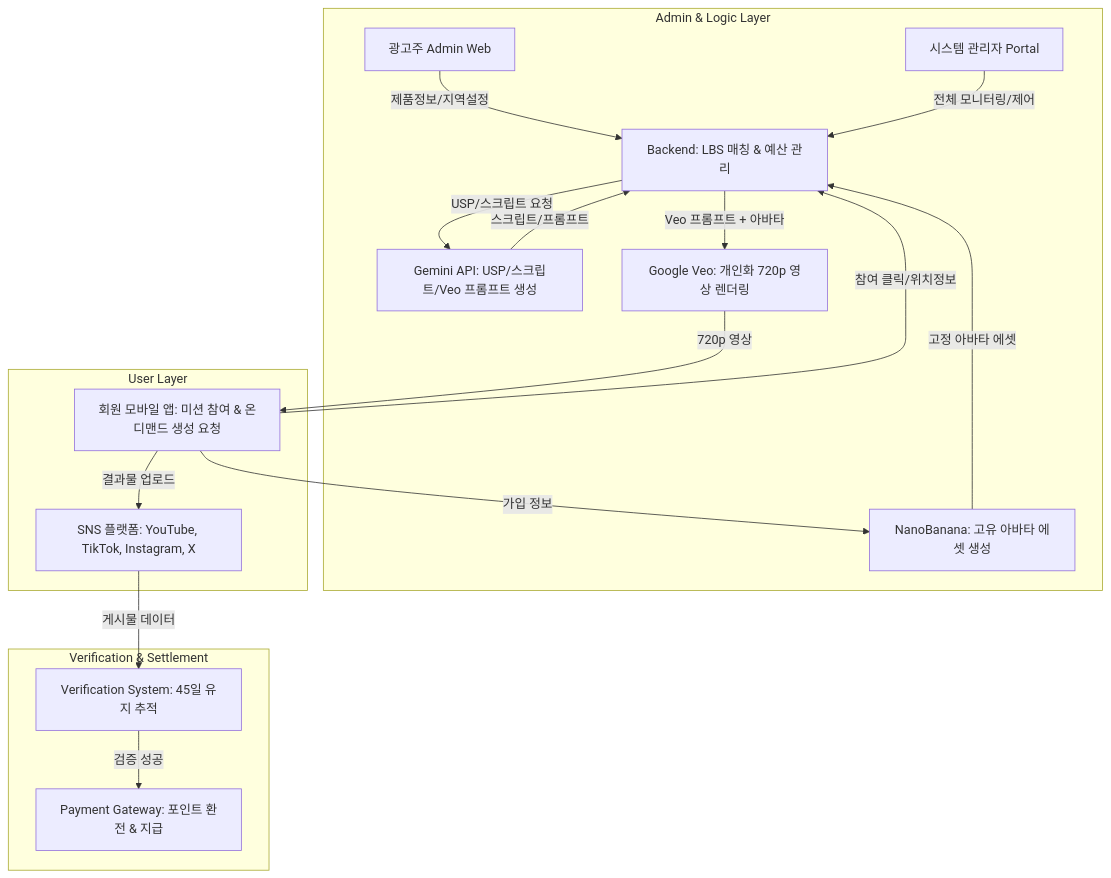
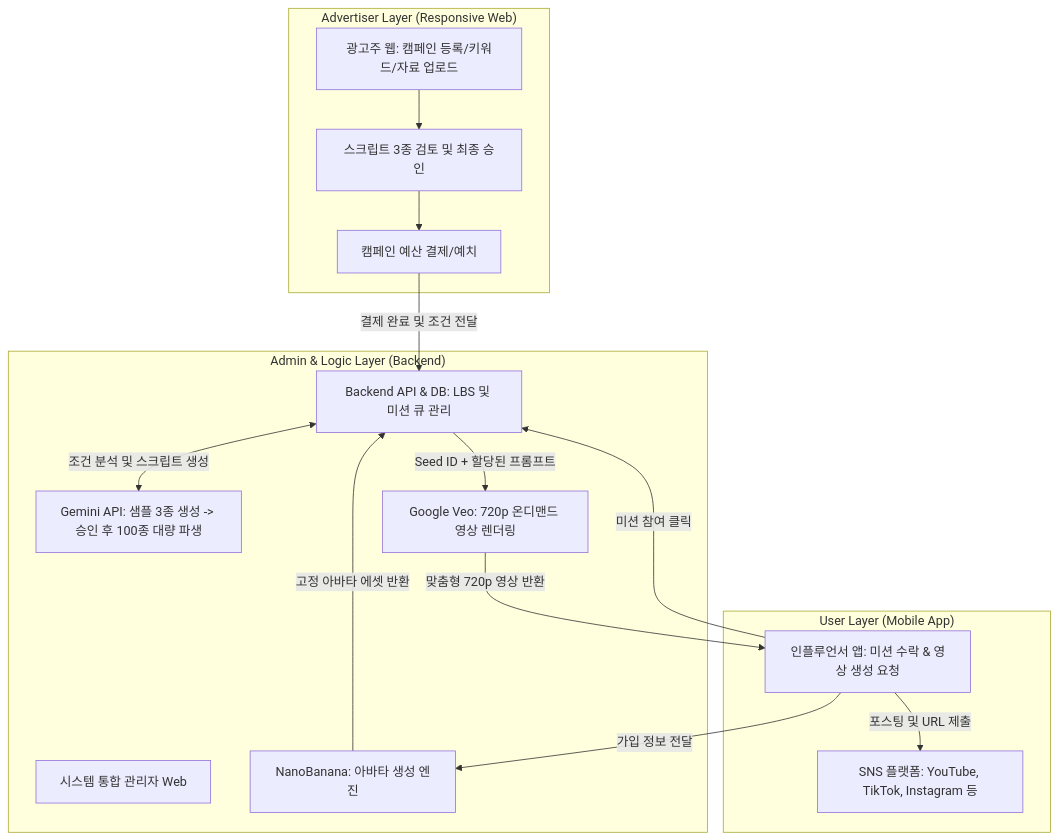
The first of 2 diagrams in apps/mobile/clickpost/gemini.md (bizpeer/clickpost), drawn with Mermaid before and after one commit. The commit also changed other lines of this file and 22 other files, not shown here.

````diff
--- a/apps/mobile/clickpost/gemini.md
+++ b/apps/mobile/clickpost/gemini.md
@@ -115,34 +114,32 @@
 ```mermaid
 graph TD
-    subgraph "Admin & Logic Layer"
-        Web[광고주 Admin Web]
-        SystemAdmin[시스템 관리자 Portal]
-        Gemini[Gemini API: USP/스크립트/Veo 프롬프트 생성]
-        Backend[Backend: LBS 매칭 & 예산 관리]
-        NanoBanana[NanoBanana: 고유 아바타 에셋 생성]
-        VideoEngine[Google Veo: 개인화 720p 영상 렌더링]
+    subgraph "Advertiser Layer (Responsive Web)"
+        AdWeb[광고주 웹: 캠페인 등록/키워드/자료 업로드]
+        Review[스크립트 3종 검토 및 최종 승인]
+        Payment[캠페인 예산 결제/예치]
+        AdWeb --> Review
+        Review --> Payment
     end
 
-    subgraph "User Layer"
-        App[회원 모바일 앱: 미션 참여 & 온디맨드 생성 요청]
-        SNS[SNS 플랫폼: YouTube, TikTok, Instagram, X]
+    subgraph "Admin & Logic Layer (Backend)"
+        SystemAdmin[시스템 통합 관리자 Web]
+        Gemini[Gemini API: 샘플 3종 생성 -> 승인 후 100종 대량 파생]
+        Backend[Backend API & DB: LBS 및 미션 큐 관리]
+        NanoBanana[NanoBanana: 아바타 생성 엔진]
+        VideoEngine[Google Veo: 720p 온디맨드 영상 렌더링]
     end
 
-    subgraph "Verification & Settlement"
-        Verify[Verification System: 45일 유지 추적]
-        Payment[Payment Gateway: 포인트 환전 & 지급]
+    subgraph "User Layer (Mobile App)"
+        App[인플루언서 앱: 미션 수락 & 영상 생성 요청]
+        SNS[SNS 플랫폼: YouTube, TikTok, Instagram 등]
     end
 
-    Web -->|제품정보/지역설정| Backend
-    SystemAdmin -->|전체 모니터링/제어| Backend
-    Backend -->|USP/스크립트 요청| Gemini
-    Gemini -->|스크립트/프롬프트| Backend
-    App -->|가입 정보| NanoBanana
-    NanoBanana -->|고정 아바타 에셋| Backend
-    App -->|참여 클릭/위치정보| Backend
-    Backend -->|Veo 프롬프트 + 아바타| VideoEngine
-    VideoEngine -->|720p 영상| App
-    App -->|결과물 업로드| SNS
-    SNS -->|게시물 데이터| Verify
-    Verify -->|검증 성공| Payment
+    Payment -->|결제 완료 및 조건 전달| Backend
+    Backend <-->|조건 분석 및 스크립트 생성| Gemini
+    App -->|가입 정보 전달| NanoBanana
+    NanoBanana -->|고정 아바타 에셋 반환| Backend
+    App -->|미션 참여 클릭| Backend
+    Backend -->|Seed ID + 할당된 프롬프트| VideoEngine
+    VideoEngine -->|맞춤형 720p 영상 반환| App
+    App -->|포스팅 및 URL 제출| SNS
 ```
````
